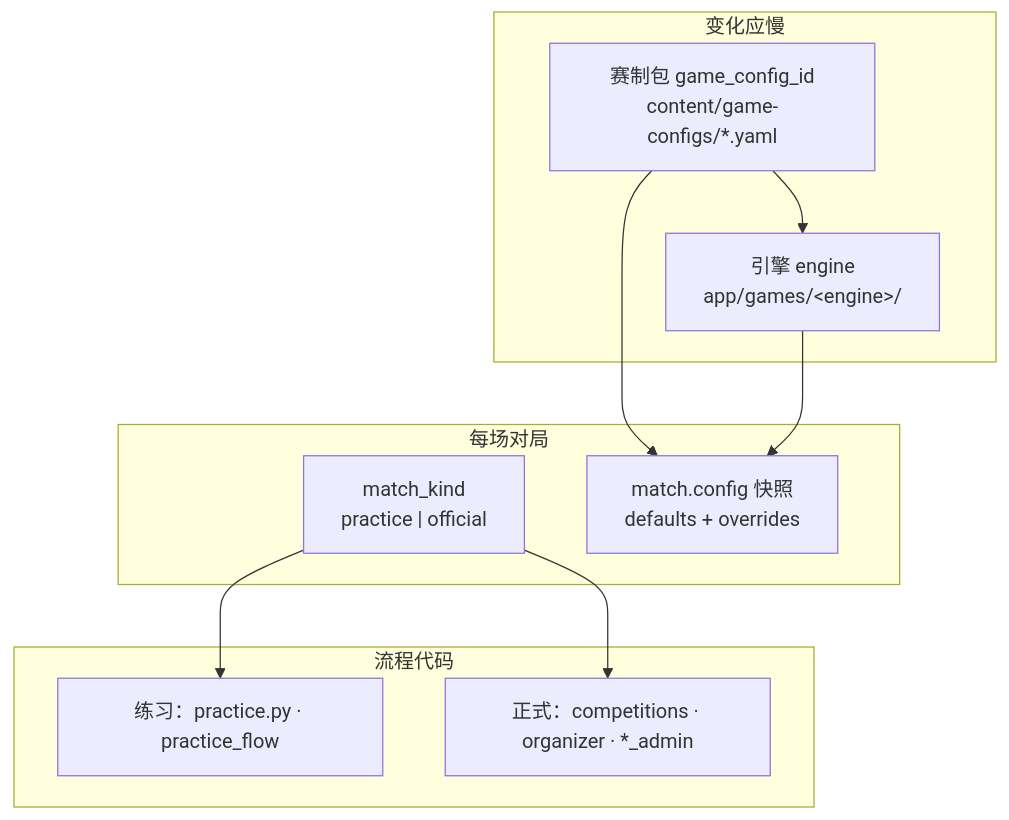
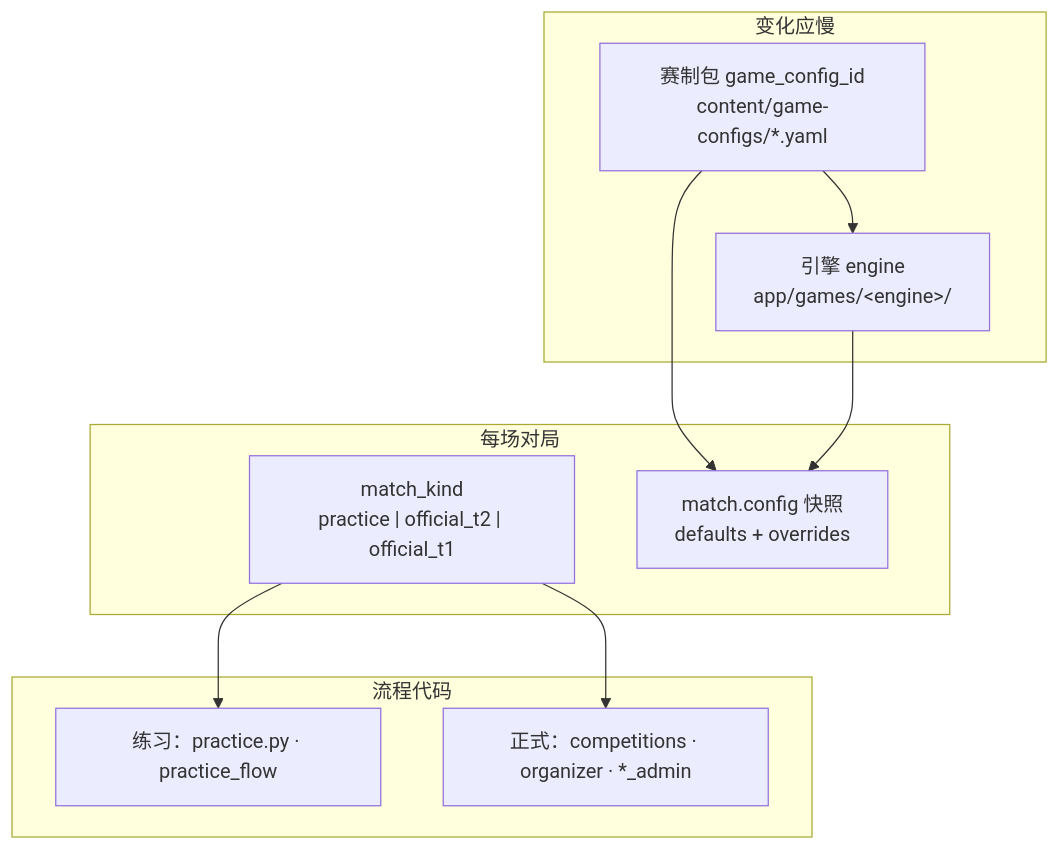
One commit to lamasaga/businessmatch-v1 changed the second of 3 diagrams in 02-赛事体系与双端产品.md. Above: the diagram before and after it, drawn with Mermaid. The commit also changed other lines of this file and 23 other files, not shown here.

````diff
--- a/02-赛事体系与双端产品.md
+++ b/02-赛事体系与双端产品.md
@@ -99,20 +176,20 @@
 ```mermaid
 flowchart TB
   subgraph stable [变化应慢]
     ENG["引擎 engine<br/>app/games/&lt;engine&gt;/"]
     YAML["赛制包 game_config_id<br/>content/game-configs/*.yaml"]
   end
   subgraph per_match [每场对局]
-    MK["match_kind<br/>practice | official"]
+    MK["match_kind<br/>practice | official_t2 | official_t1"]
     CFG["match.config 快照<br/>defaults + overrides"]
   end
   subgraph flows [流程代码]
     PR["练习：practice.py · practice_flow"]
     OF["正式：competitions · organizer · *_admin"]
   end
   YAML --> ENG
   YAML --> CFG
   MK --> PR
   MK --> OF
   ENG --> CFG
 ```
````
